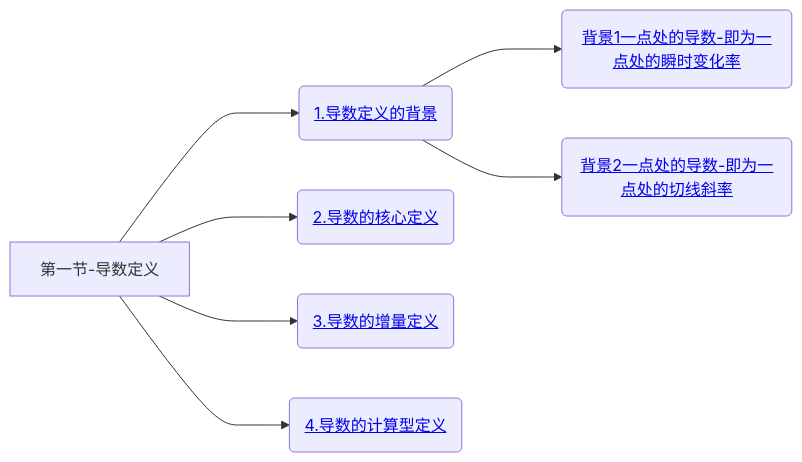
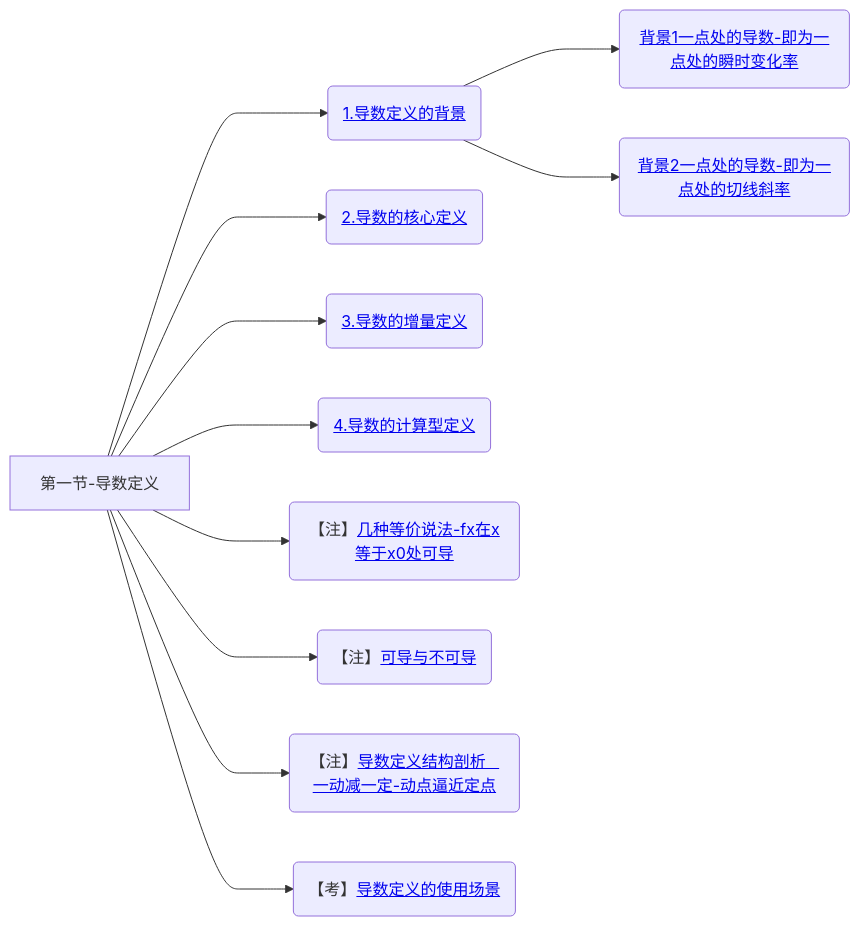
Diagram 11 of 11 in 笔记/数学/周洋鑫/01.基础班思维导图.md (yuebinghui/note), drawn with Mermaid before and after one commit. The commit also changed 3 other files, not shown here.

````diff
--- a/笔记/数学/周洋鑫/01.基础班思维导图.md
+++ b/笔记/数学/周洋鑫/01.基础班思维导图.md
@@ -400,12 +400,18 @@
 ```mermaid
 graph LR
 第一节-导数定义
 
 第一节-导数定义--->1.导数定义的背景(<a href="/Users/yuebinghui/Documents/program/github/note/笔记/数学/周洋鑫/基础班/10.连续与间断_导数定义_1.md#1.导数定义的背景">1.导数定义的背景</>)
 1.导数定义的背景--->背景1一点处的导数-即为一点处的瞬时变化率(<a href="/Users/yuebinghui/Documents/program/github/note/笔记/数学/周洋鑫/基础班/10.连续与间断_导数定义_1.md#背景1一点处的导数-即为一点处的瞬时变化率">背景1一点处的导数-即为一点处的瞬时变化率</>)
 1.导数定义的背景--->背景2一点处的导数-即为一点处的切线斜率(<a href="/Users/yuebinghui/Documents/program/github/note/笔记/数学/周洋鑫/基础班/10.连续与间断_导数定义_1.md#背景2一点处的导数-即为一点处的切线斜率">背景2一点处的导数-即为一点处的切线斜率</>)
 
 第一节-导数定义--->2.导数的核心定义(<a href="/Users/yuebinghui/Documents/program/github/note/笔记/数学/周洋鑫/基础班/10.连续与间断_导数定义_1.md#2.导数的核心定义">2.导数的核心定义</>)
 第一节-导数定义--->3.导数的增量定义(<a href="/Users/yuebinghui/Documents/program/github/note/笔记/数学/周洋鑫/基础班/10.连续与间断_导数定义_1.md#3.导数的增量定义">3.导数的增量定义</>)
 第一节-导数定义--->4.导数的计算型定义(<a href="/Users/yuebinghui/Documents/program/github/note/笔记/数学/周洋鑫/基础班/10.连续与间断_导数定义_1.md#4.导数的计算型定义">4.导数的计算型定义</>)
+
+第一节-导数定义--->几种等价说法-fx在x等于x0处可导(【注】<a href="/Users/yuebinghui/Documents/program/github/note/笔记/数学/周洋鑫/基础班/10.连续与间断_导数定义_1.md#几种等价说法-fx在x等于x0处可导">几种等价说法-fx在x等于x0处可导</>)
+第一节-导数定义--->可导与不可导(【注】<a href="/Users/yuebinghui/Documents/program/github/note/笔记/数学/周洋鑫/基础班/10.连续与间断_导数定义_1.md#可导与不可导">可导与不可导</>)
+第一节-导数定义--->导数定义结构剖析-一动减一定-动点逼近定点(【注】<a href="/Users/yuebinghui/Documents/program/github/note/笔记/数学/周洋鑫/基础班/10.连续与间断_导数定义_1.md#导数定义结构剖析-一动减一定-动点逼近定点">导数定义结构剖析   一动减一定-动点逼近定点</>)
+
+第一节-导数定义--->导数定义的使用场景(【考】<a href="/Users/yuebinghui/Documents/program/github/note/笔记/数学/周洋鑫/基础班/10.连续与间断_导数定义_1.md#导数定义的使用场景">导数定义的使用场景</>)
 ```
````
